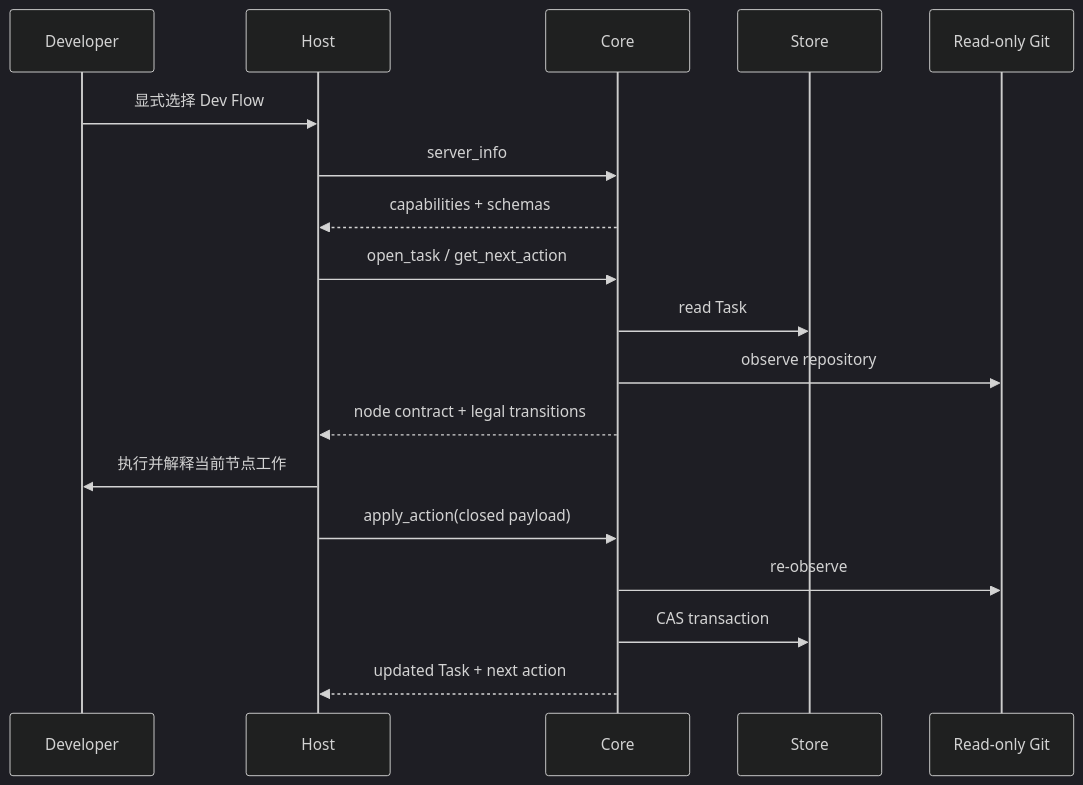
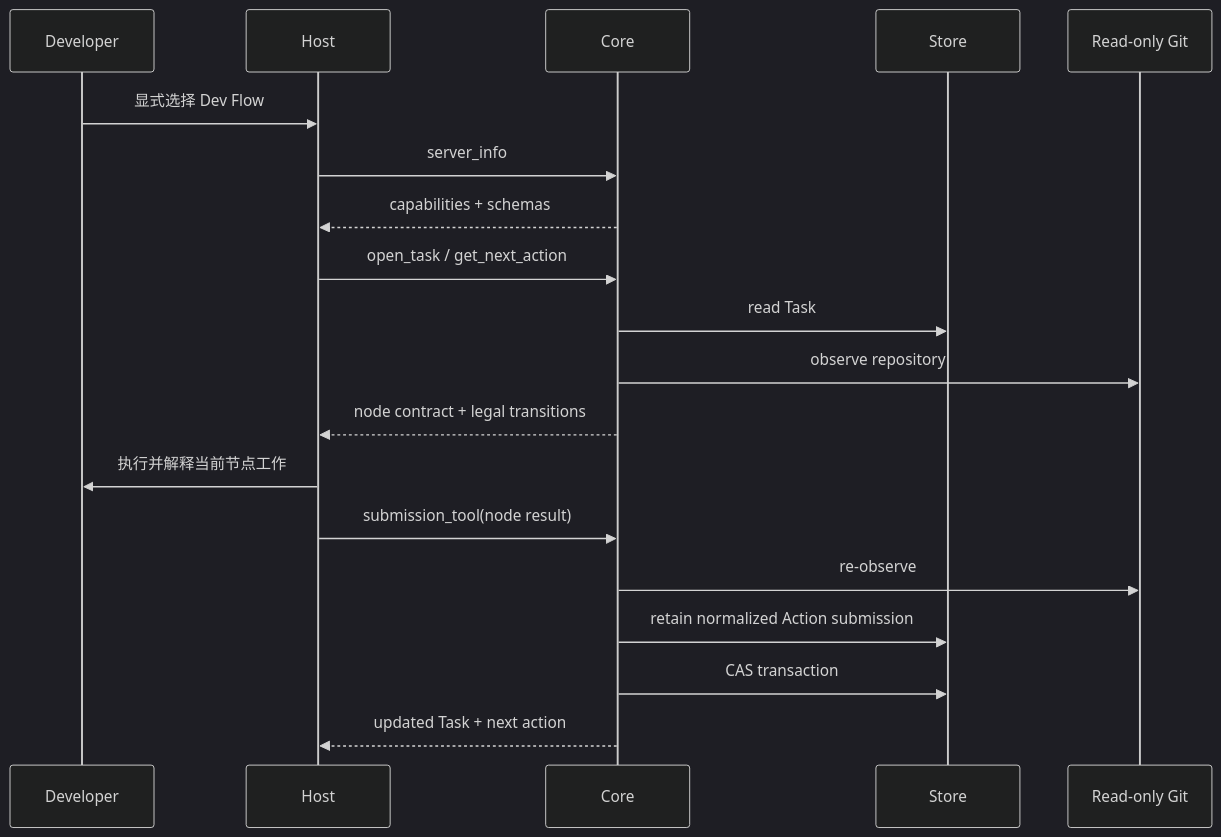
One commit to Innocent-children/dev-flow changed the second of 2 diagrams in docs/ARCHITECTURE.md. Above: the diagram before and after it, drawn with Mermaid (dark theme). The commit also changed other lines of this file and 224 other files, not shown here.

Commit message:
feat: make action submission deterministic

````diff
--- a/docs/ARCHITECTURE.md
+++ b/docs/ARCHITECTURE.md
@@ -185,21 +197,22 @@
 ```mermaid
 sequenceDiagram
     participant Developer
     participant Host
     participant Core
     participant Store
     participant Git as Read-only Git
 
     Developer->>Host: 显式选择 Dev Flow
     Host->>Core: server_info
     Core-->>Host: capabilities + schemas
     Host->>Core: open_task / get_next_action
     Core->>Store: read Task
     Core->>Git: observe repository
     Core-->>Host: node contract + legal transitions
     Host->>Developer: 执行并解释当前节点工作
-    Host->>Core: apply_action(closed payload)
+    Host->>Core: submission_tool(node result)
     Core->>Git: re-observe
+    Core->>Store: retain normalized Action submission
     Core->>Store: CAS transaction
     Core-->>Host: updated Task + next action
 ```
````
